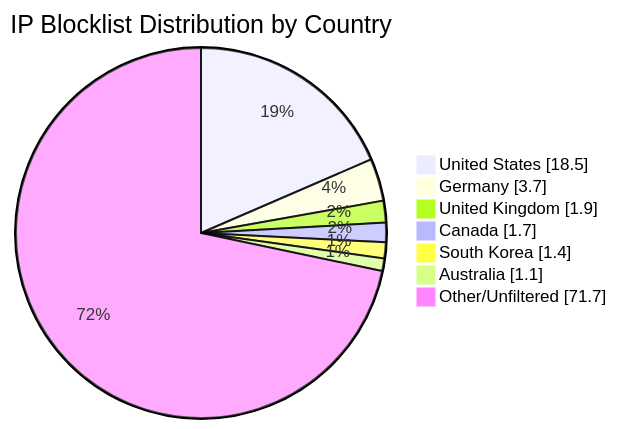
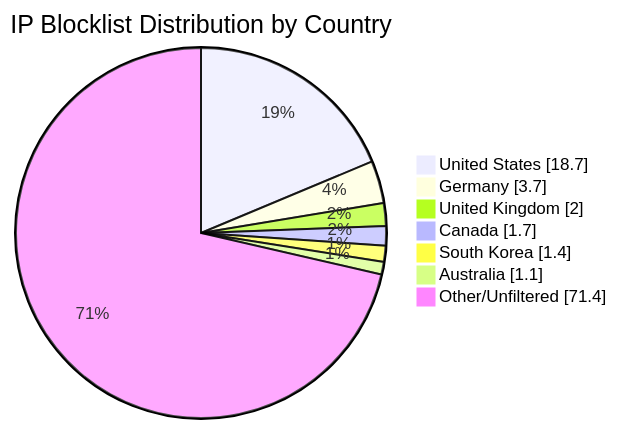
Before and after one commit to MarcusHoltz/ipblocklist-geofiltered-aggregator: the diagram in README.md, drawn with Mermaid. The commit also changed other lines of this file and 9 other files, not shown here.

````diff
--- a/README.md
+++ b/README.md
@@ -34,10 +34,10 @@
 ```mermaid
 pie showData title IP Blocklist Distribution by Country
-"United States" : 18.5
+"United States" : 18.7
 "Germany" : 3.7
-"United Kingdom" : 1.9
+"United Kingdom" : 2.0
 "Canada" : 1.7
 "South Korea" : 1.4
 "Australia" : 1.1
-"Other/Unfiltered" : 71.7
+"Other/Unfiltered" : 71.4
 ```
````
